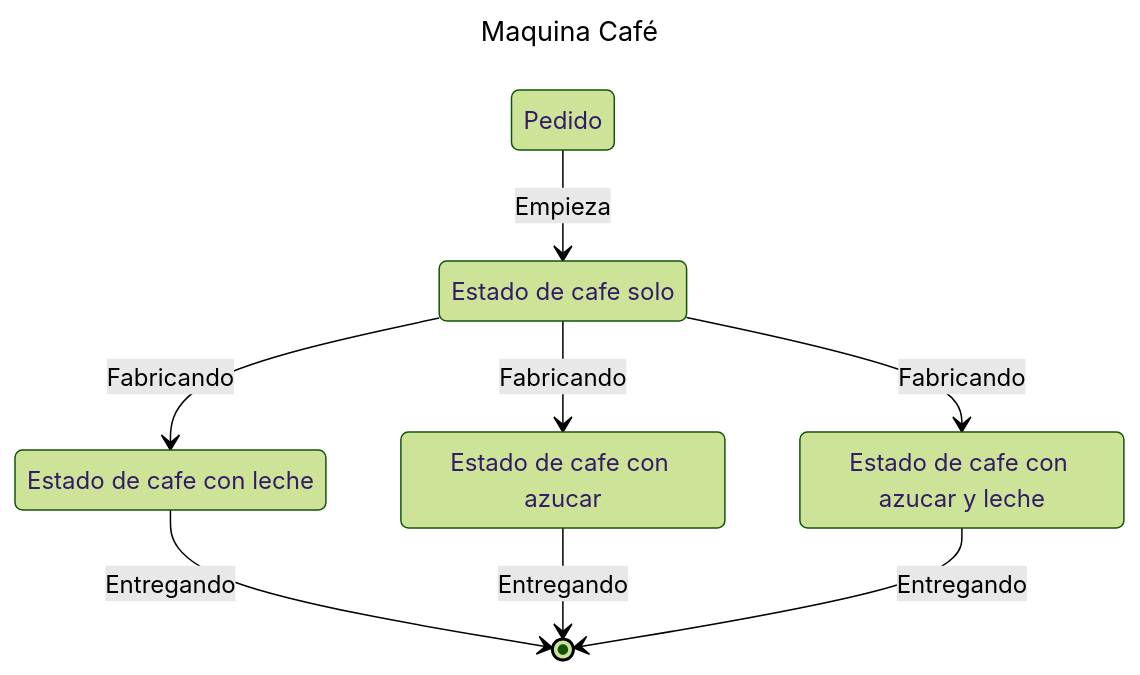
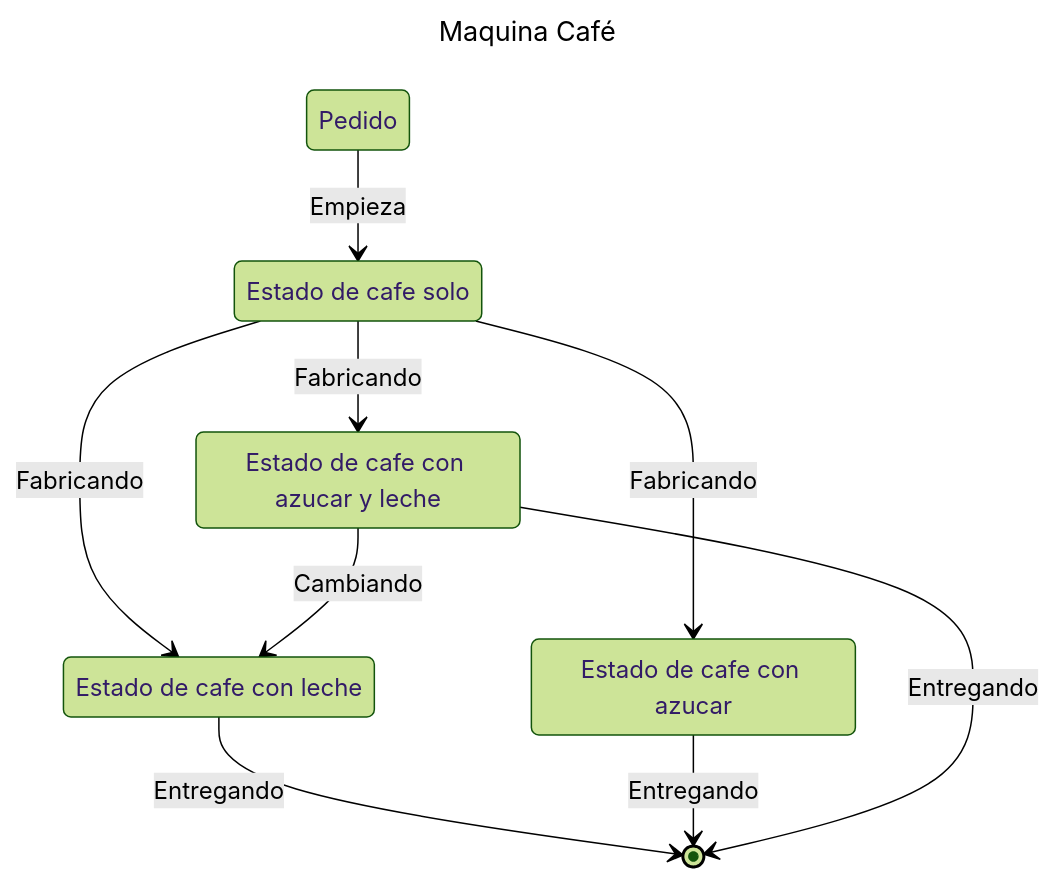
The diagram in Readme.md (Dimitri2004/MaquinaCafe2), drawn with Mermaid (forest theme) before and after one commit. The commit also changed 2 other files, not shown here.

Commit message:
Mejora de codigo 0.2

````diff
--- a/Readme.md
+++ b/Readme.md
@@ -2,30 +2,28 @@
 ```mermaid
 ---
 title: Maquina Café
 ---
 stateDiagram
     State "Estado de cafe con leche" as State2
     State "Estado de cafe con azucar" as State3
     State "Estado de cafe solo" as State1
     State "Estado de cafe con azucar y leche" as State4
     State "Pedido" as [*]
     
 [*]-->State1:Empieza
 
 State1 --> State2:Fabricando
 
-State1--> State3:Fabricando
+State1 --> State3:Fabricando
 
-State1-->State4:Fabricando
+State1 --> State4:Fabricando
+
+State4 --> State2:Cambiando
 
 State2-->[*]:Entregando
 
 State3-->[*]:Entregando
 
 State4-->[*]:Entregando
 
-
-
-
-    
 ```
````
